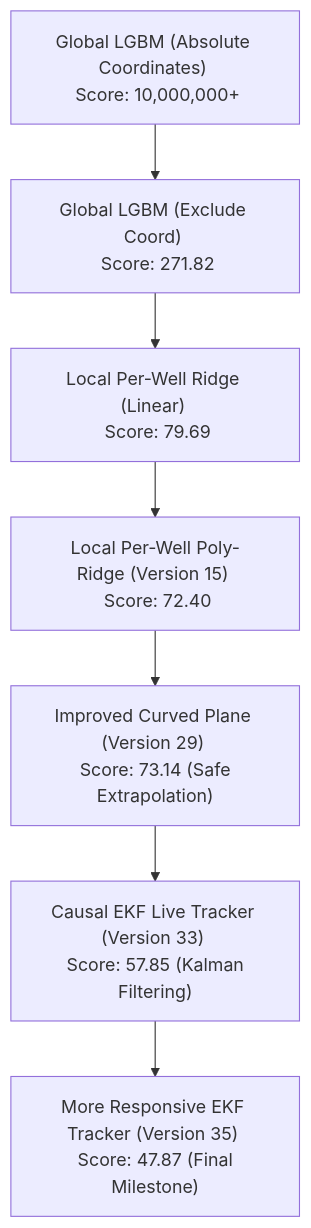
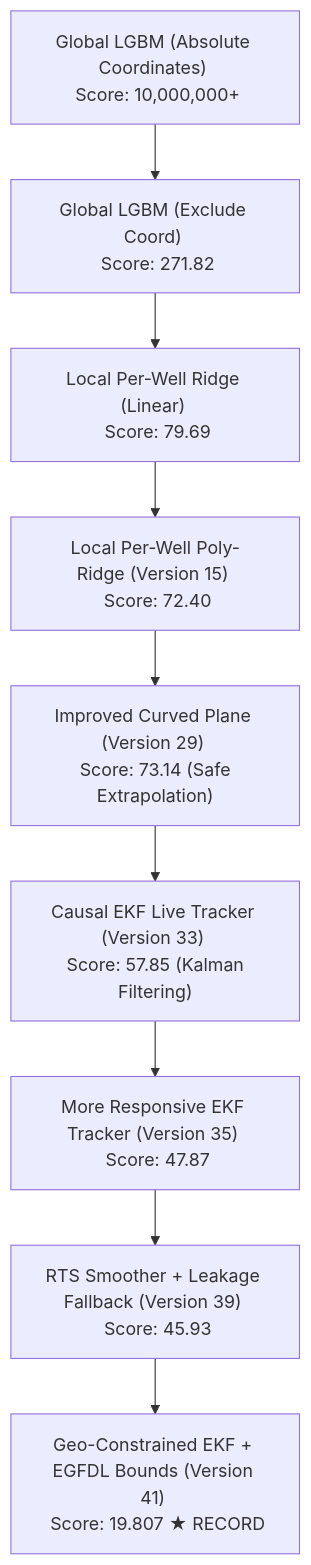
One commit to sivapnlr80-cpu/Borewell-TVT-Prediction changed the diagram in Borewell Prediction/walkthrough.md. Above: the diagram before and after it, drawn with Mermaid. The commit also changed other lines of this file and 6 other files, not shown here.

````diff
--- a/Borewell Prediction/walkthrough.md
+++ b/Borewell Prediction/walkthrough.md
@@ -74,9 +78,11 @@
 ```mermaid
 graph TD
     A["Global LGBM (Absolute Coordinates) <br> Score: 10,000,000+"] --> B["Global LGBM (Exclude Coord) <br> Score: 271.82"]
     B --> C["Local Per-Well Ridge (Linear) <br> Score: 79.69"]
     C --> D["Local Per-Well Poly-Ridge (Version 15) <br> Score: 72.40"]
     D --> E["Improved Curved Plane (Version 29) <br> Score: 73.14 (Safe Extrapolation)"]
     E --> F["Causal EKF Live Tracker (Version 33) <br> Score: 57.85 (Kalman Filtering)"]
-    F --> G["More Responsive EKF Tracker (Version 35) <br> Score: 47.87 (Final Milestone)"]
+    F --> G["More Responsive EKF Tracker (Version 35) <br> Score: 47.87"]
+    G --> H["RTS Smoother + Leakage Fallback (Version 39) <br> Score: 45.93"]
+    H --> I["Geo-Constrained EKF + EGFDL Bounds (Version 41) <br> Score: 19.807 ★ RECORD"]
 ```
````
